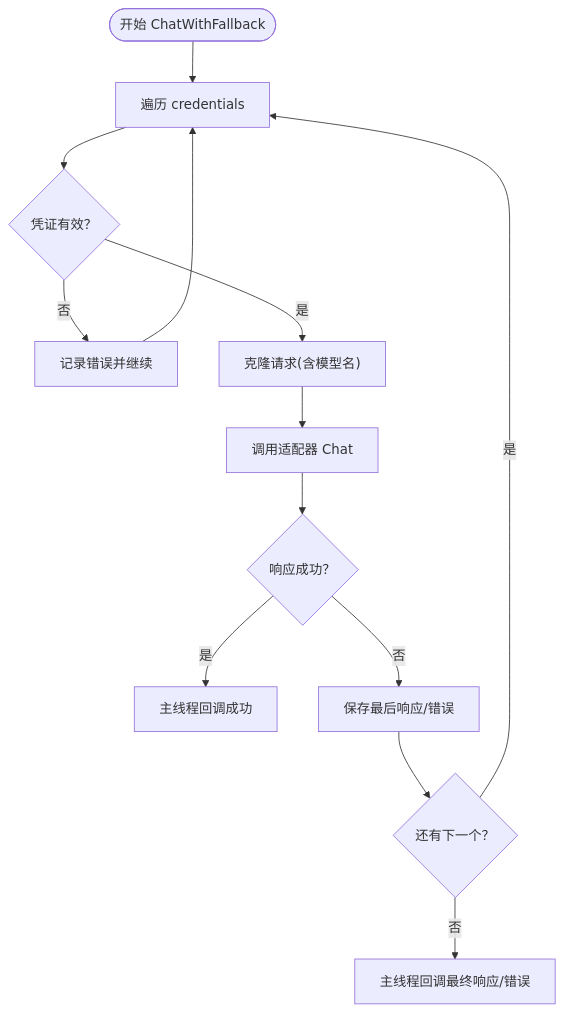
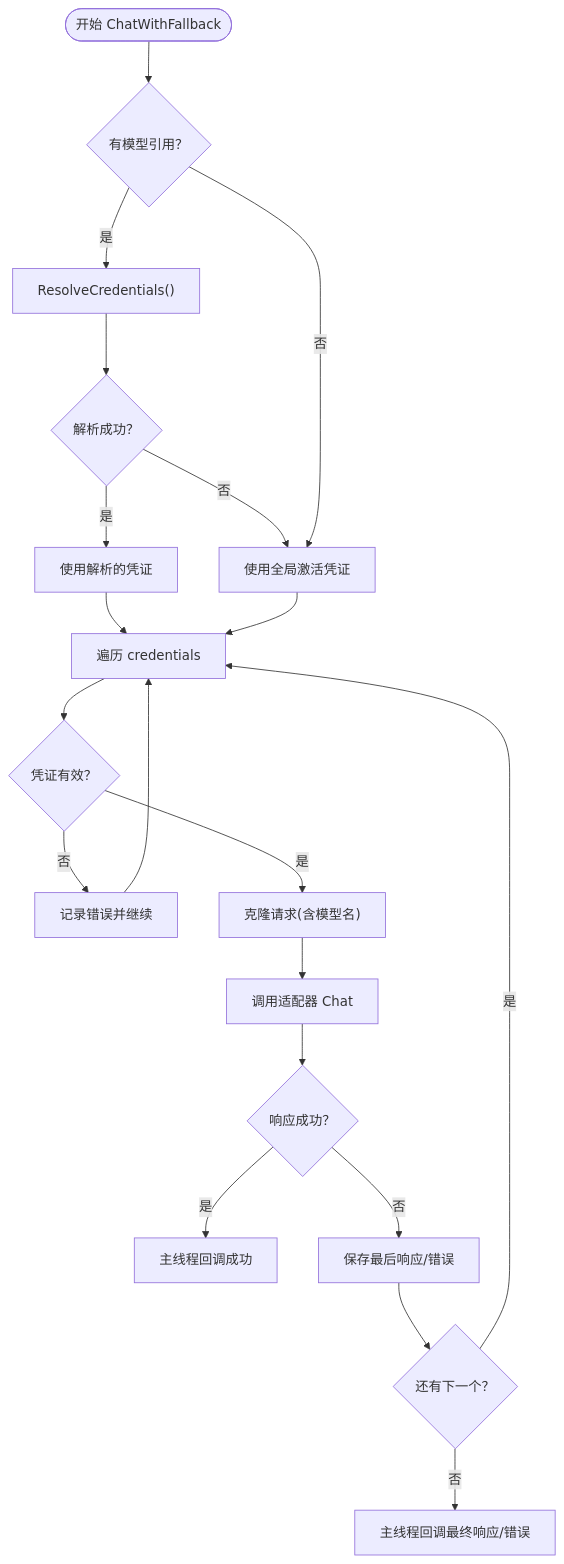
Before and after one commit to suzvka/NPCLife: diagram 11 of 12 in .qoder/repowiki/zh/content/LLM集成系统/LLM集成系统.md, drawn with Mermaid. The commit also changed other lines of this file and 11 other files, not shown here.

````diff
--- a/.qoder/repowiki/zh/content/LLM集成系统/LLM集成系统.md
+++ b/.qoder/repowiki/zh/content/LLM集成系统/LLM集成系统.md
@@ -364,14 +527,21 @@
 ```mermaid
 flowchart TD
-S(["开始 ChatWithFallback"]) --> Loop["遍历 credentials"]
+S(["开始 ChatWithFallback"]) --> CheckModelRefs{"有模型引用？"}
+CheckModelRefs --> |是| ResolveModelRefs["ResolveCredentials()"]
+ResolveModelRefs --> CheckResolved{"解析成功？"}
+CheckResolved --> |是| UseResolved["使用解析的凭证"]
+CheckResolved --> |否| UseGlobal["使用全局激活凭证"]
+CheckModelRefs --> |否| UseGlobal
+UseResolved --> Loop["遍历 credentials"]
+UseGlobal --> Loop
 Loop --> Check{"凭证有效？"}
 Check --> |否| Next["记录错误并继续"]
 Check --> |是| Clone["克隆请求(含模型名)"]
 Clone --> Call["调用适配器 Chat"]
 Call --> Ok{"响应成功？"}
 Ok --> |是| Return["主线程回调成功"]
 Ok --> |否| Save["保存最后响应/错误"] --> More{"还有下一个？"}
 More --> |是| Loop
 More --> |否| Final["主线程回调最终响应/错误"]
 Next --> Loop
 ```
````
